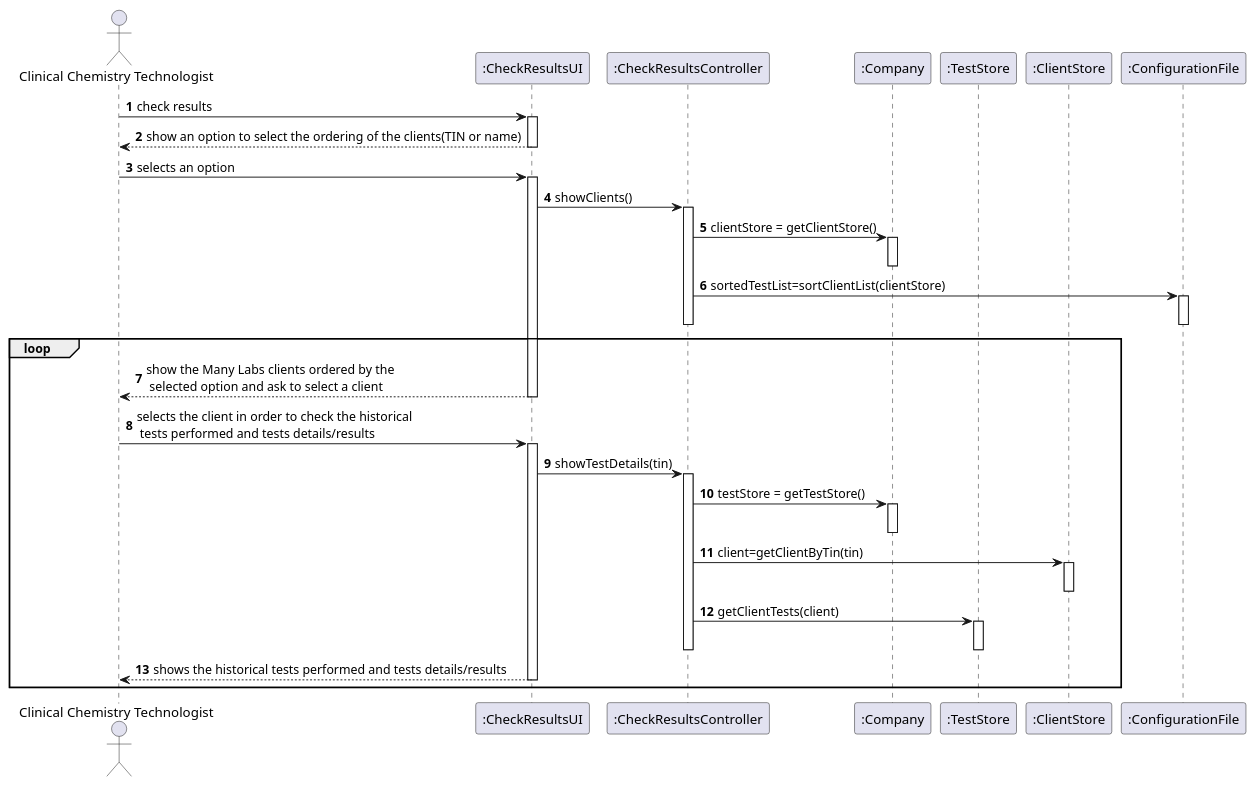
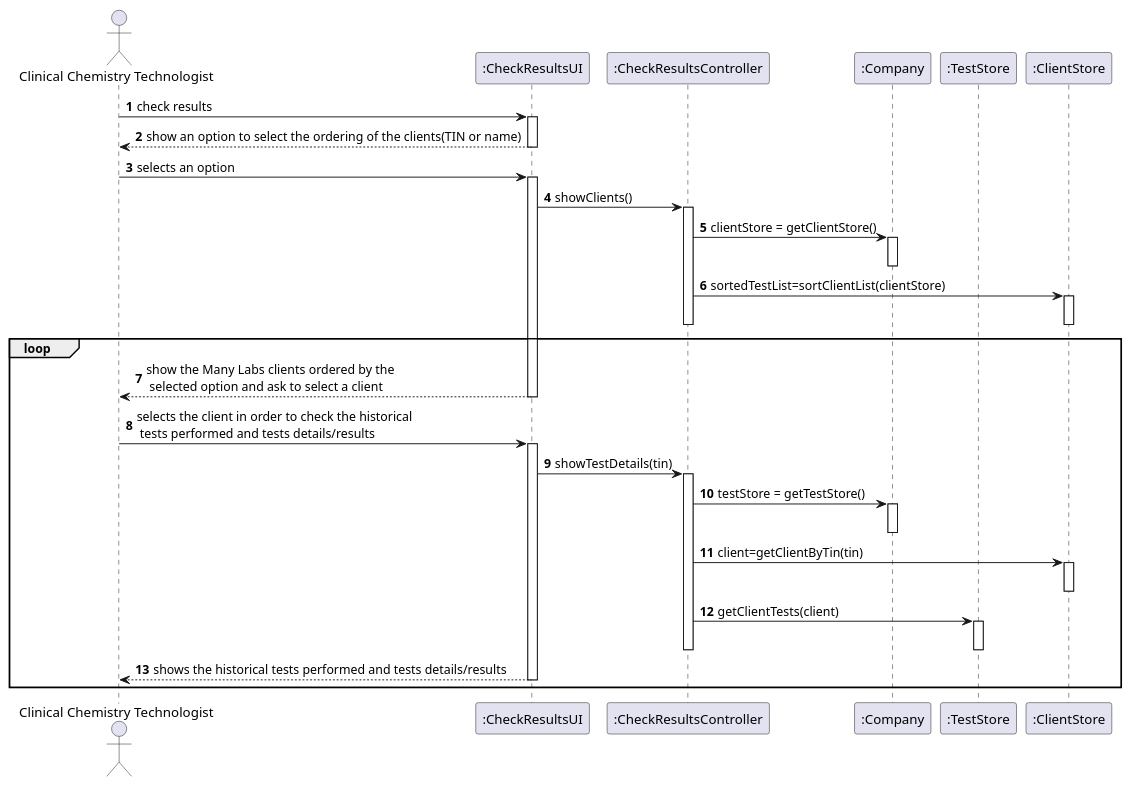
Before and after one commit to GuilhermeCunha79/lapr2: the diagram in docs/SprintD/US13/UC13_SD.puml, drawn with PlantUML. The commit also changed 9 other files, not shown here.

```diff
--- a/docs/SprintD/US13/UC13_SD.puml
+++ b/docs/SprintD/US13/UC13_SD.puml
@@ -1,57 +1,57 @@
 @startuml
 'https://plantuml.com/sequence-diagram
 
 autonumber
 
 actor "Clinical Chemistry Technologist" as CCT
 participant ":CheckResultsUI" as UI
 participant ":CheckResultsController" as CTRL
 participant ":Company" as COMP
 participant ":TestStore" as TS
 participant ":ClientStore" as CS
-participant ":ConfigurationFile" as CF
+
 
 
 CCT->UI : check results
 activate UI
 
 UI-->CCT: show an option to select the ordering of the clients(TIN or name)
 deactivate UI
 
 CCT->UI : selects an option
 activate UI
 UI-> CTRL : showClients()
 activate CTRL
 CTRL-> COMP : clientStore = getClientStore()
 activate COMP
 deactivate COMP
-CTRL-> CF : sortedTestList=sortClientList(clientStore)
-activate CF
-deactivate CF
+CTRL-> CS : sortedTestList=sortClientList(clientStore)
+activate CS
+deactivate CS
 deactivate CTRL
 
 loop
 UI-->CCT:show the Many Labs clients ordered by the\n selected option and ask to select a client
 
 deactivate UI
 
 CCT->UI : selects the client in order to check the historical\n tests performed and tests details/results
 activate UI
 UI-> CTRL : showTestDetails(tin)
 activate CTRL
 CTRL->COMP :testStore = getTestStore()
 activate COMP
 deactivate COMP
 CTRL-> CS : client=getClientByTin(tin)
 activate CS
 deactivate CS
 CTRL->TS : getClientTests(client)
 activate TS
 deactivate TS
 deactivate CTRL
 
 UI-->CCT:shows the historical tests performed and tests details/results
 
 deactivate UI
 end
 @enduml
```
